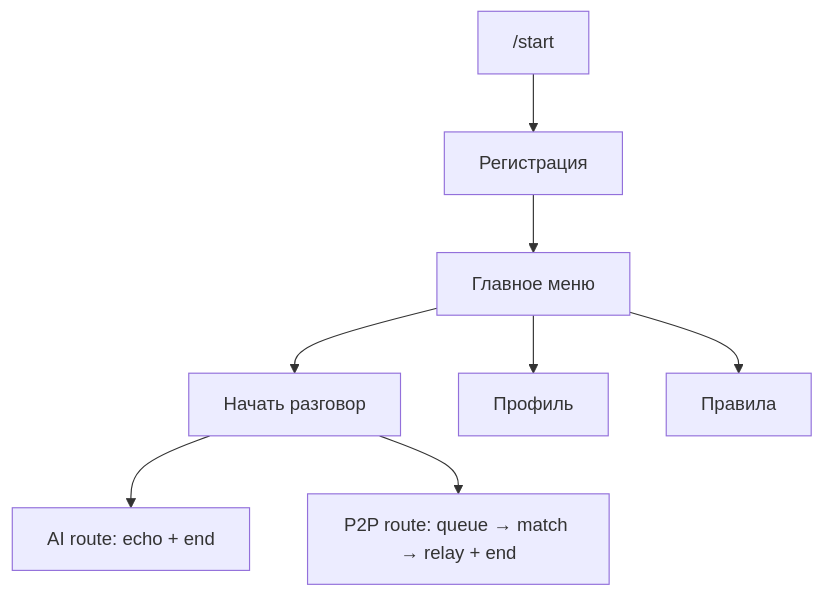
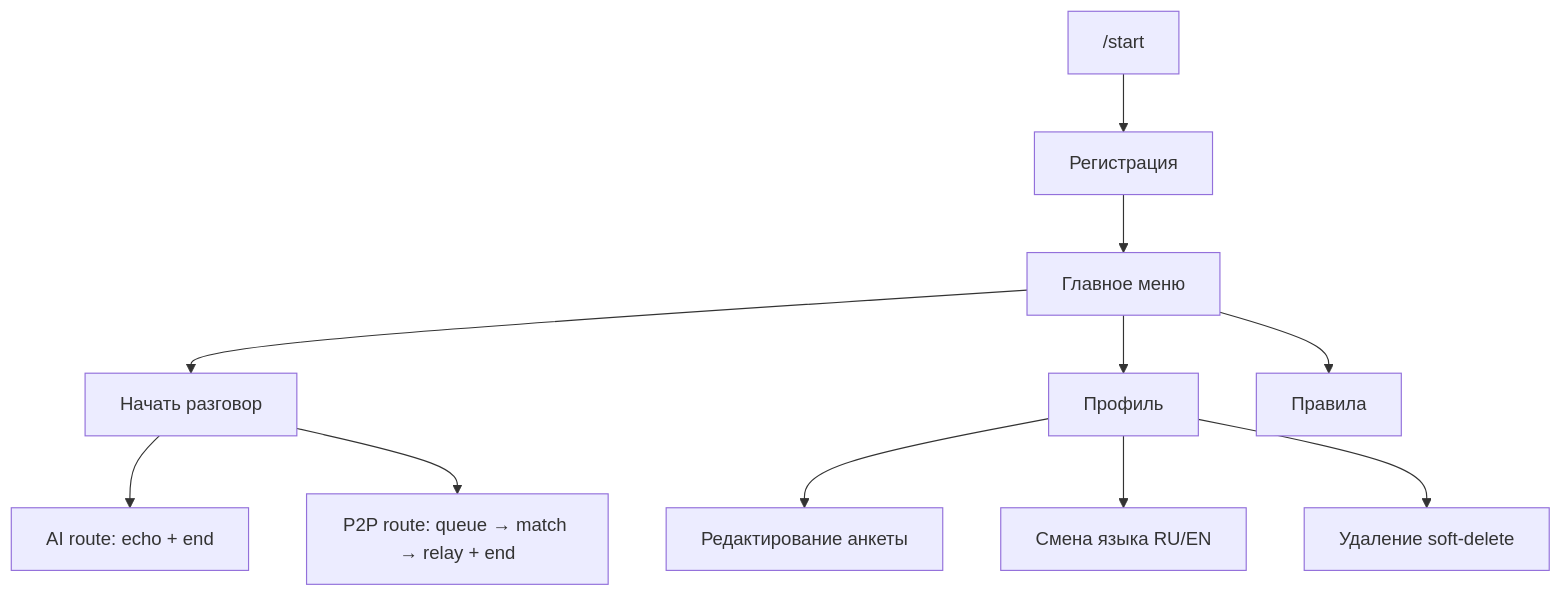
The diagram in tasks/MILESTONE-2-full-bot.md (flykby/anonimus_chat), drawn with Mermaid before and after one commit. The commit also changed other lines of this file and 2 other files, not shown here.

````diff
--- a/tasks/MILESTONE-2-full-bot.md
+++ b/tasks/MILESTONE-2-full-bot.md
@@ -36,10 +33,13 @@
 ```mermaid
 flowchart TD
     Start["/start"] --> Reg[Регистрация]
     Reg --> Menu[Главное меню]
     Menu --> Match[Начать разговор]
     Match --> AI[AI route: echo + end]
     Match --> P2P[P2P route: queue → match → relay + end]
     Menu --> Profile[Профиль]
     Menu --> Rules[Правила]
+    Profile --> Edit[Редактирование анкеты]
+    Profile --> Lang[Смена языка RU/EN]
+    Profile --> Del[Удаление soft-delete]
 ```
````
